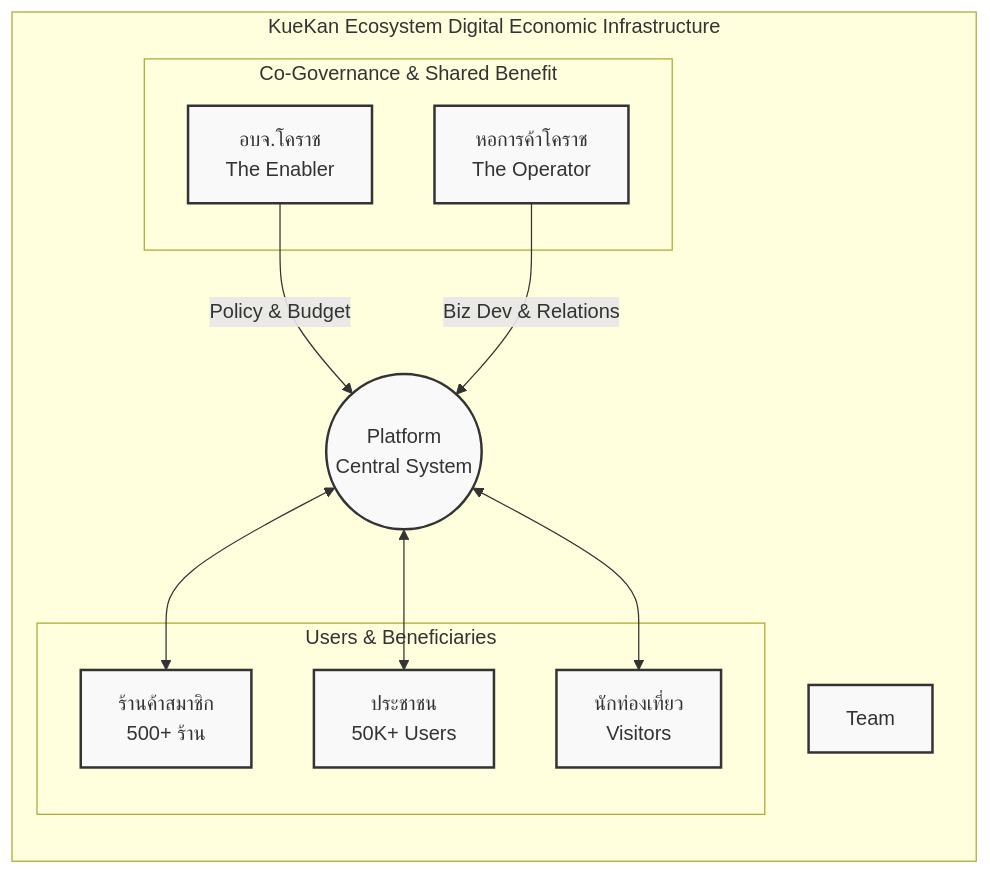
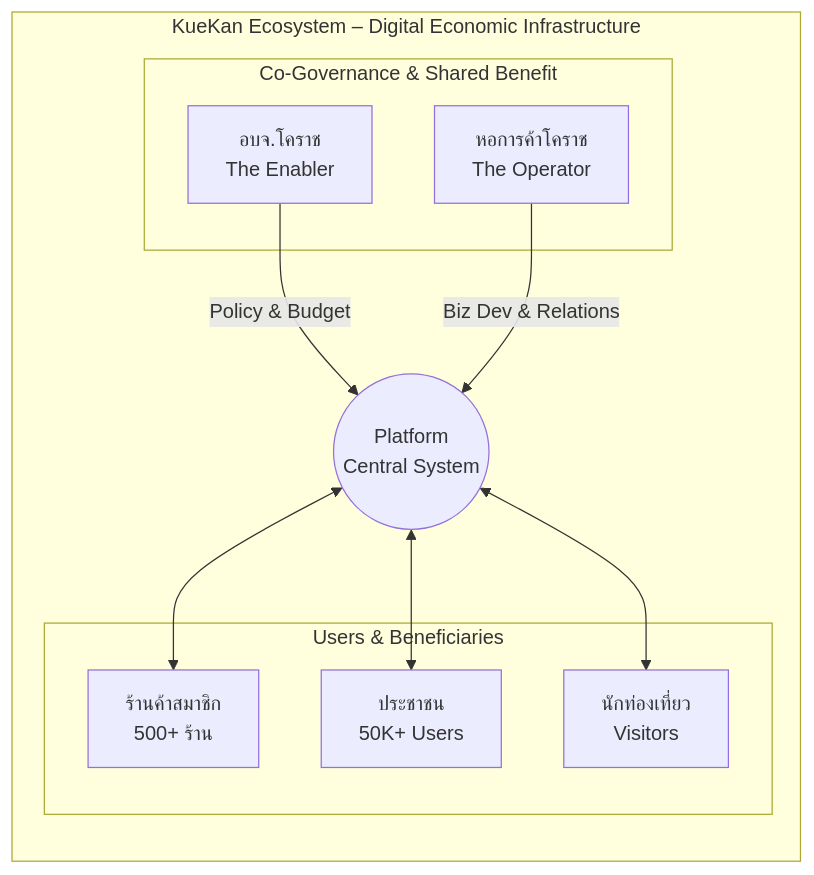
Before and after one commit to tlejay/Kuekan: the first of 5 diagrams in 01 Proposals/Proposal_KueKan_PAO_NCC_McKinsey-Shorten.md, drawn with Mermaid. The commit also changed other lines of this file and 29 other files, not shown here.

````diff
--- a/01 Proposals/Proposal_KueKan_PAO_NCC_McKinsey-Shorten.md
+++ b/01 Proposals/Proposal_KueKan_PAO_NCC_McKinsey-Shorten.md
@@ -148,29 +150,26 @@
 ```mermaid
 graph TD
-    classDef default fill:#f9f9f9,stroke:#333,stroke-width:2px;
-    classDef highlight fill:#e1f5fe,stroke:#01579b,stroke-width:2px;
 
-    subgraph Ecosystem [KueKan Ecosystem Digital Economic Infrastructure]
+    subgraph Ecosystem [KueKan Ecosystem – Digital Economic Infrastructure]
         direction TB
-        
-        Enablers[Team]
+
         subgraph Governance [Co-Governance & Shared Benefit]
             PAO[อบจ.โคราช<br/>The Enabler]
             NCC[หอการค้าโคราช<br/>The Operator]
         end
-        
+
         Platform((Platform<br/>Central System))
-        
+
         subgraph Users [Users & Beneficiaries]
             Member[ร้านค้าสมาชิก<br/>500+ ร้าน]
             Citizen[ประชาชน<br/>50K+ Users]
             Tourist[นักท่องเที่ยว<br/>Visitors]
         end
 
         PAO -->|Policy & Budget| Platform
         NCC -->|Biz Dev & Relations| Platform
         Platform <--> Member
         Platform <--> Citizen
         Platform <--> Tourist
     end
 ```
````
